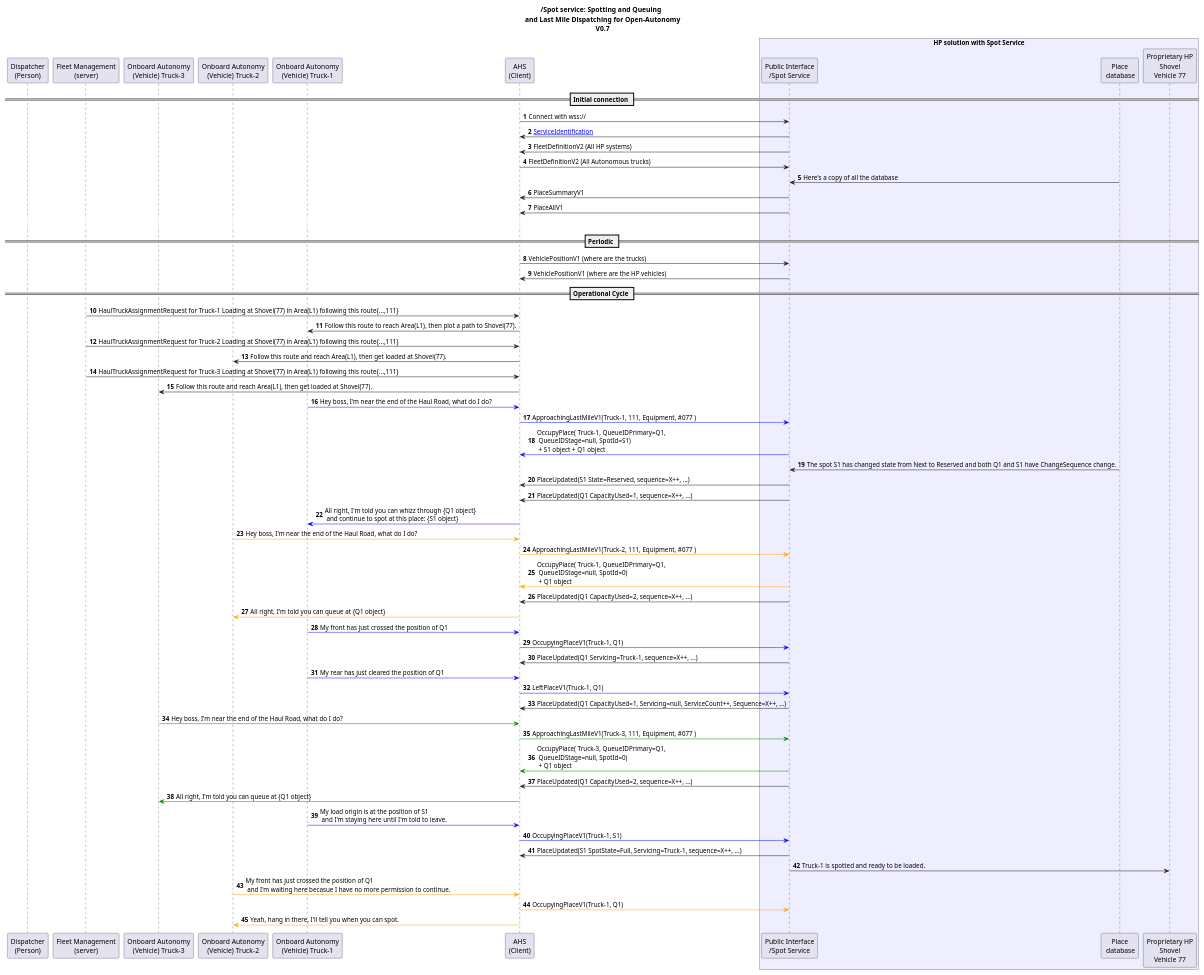
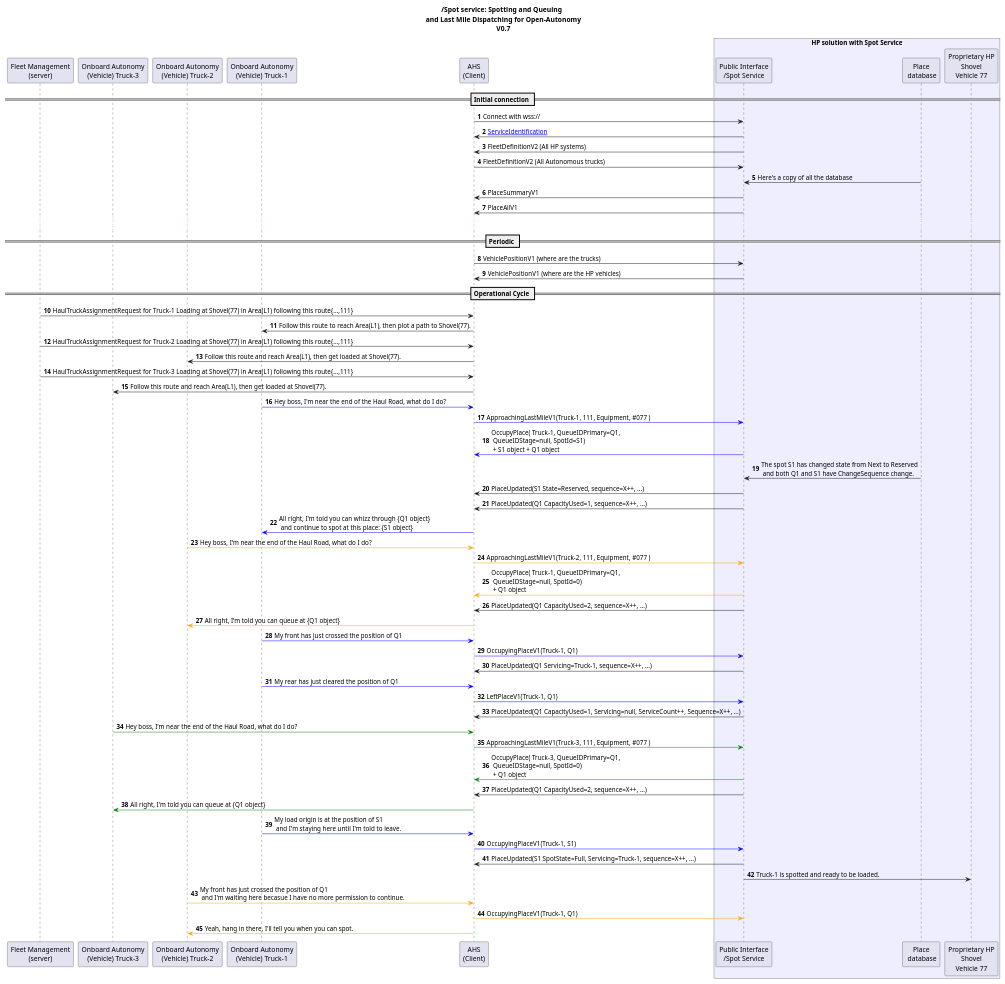
Before and after one commit to open-autonomy/spot: the diagram in diagram/SpotService_SequenceDiagram.puml, drawn with PlantUML. The commit also changed 3 other files, not shown here.

Commit message:
Moved Happy flow into a separate MD

```diff
--- a/diagram/SpotService_SequenceDiagram.puml
+++ b/diagram/SpotService_SequenceDiagram.puml
@@ -2,89 +2,89 @@
 @startuml
 title /Spot service: Spotting and Queuing \n and Last Mile Dispatching for Open-Autonomy\n V0.7
 
 
 'V0.7 - Jan. 2023
- 
-	Participant "Dispatcher\n(Person)" as dispatch
+
+	'Participant "Dispatcher\n(Person)" as dispatch
  	participant "Fleet Management\n(server)" as fms
 
 	'participant "Public /Map service" as map
 	participant "Onboard Autonomy\n(Vehicle) Truck-3" as uht3
 	participant "Onboard Autonomy\n(Vehicle) Truck-2" as uht2
 	participant "Onboard Autonomy\n(Vehicle) Truck-1" as uht1
 	participant "AHS\n(Client)" as ahs
-	
+
 box "HP solution with Spot Service" #EEEEFF
-    participant "Public Interface\n/Spot Service" as spot
+  participant "Public Interface\n/Spot Service" as spot
 	participant "Place\n database" as pdb
 	'participant "Last Mile\nDispatching" as lmd
 	participant "Proprietary HP\nShovel\nVehicle 77" as sho
 end box
 
 
 
 autonumber
 
 == Initial connection ==
 ahs -> spot: Connect with wss://
 spot -> ahs: [[https://github.com/open-autonomy/spot/blob/main/specification/ServiceIdentification.md#spotservicev1 ServiceIdentification]]
 spot -> ahs: FleetDefinitionV2 (All HP systems)
 ahs -> spot: FleetDefinitionV2 (All Autonomous trucks)
 pdb -> spot: Here's a copy of all the database
 spot -> ahs: PlaceSummaryV1
 spot -> ahs: PlaceAllV1
 ...
 
 == Periodic ==
 ahs -> spot: VehiclePositionV1 (where are the trucks)
 spot -> ahs: VehiclePositionV1 (where are the HP vehicles)
 
 == Operational Cycle ==
 fms -> ahs: HaulTruckAssignmentRequest for Truck-1 Loading at Shovel(77) in Area(L1) following this route{...,111}
 ahs -> uht1: Follow this route to reach Area(L1), then plot a path to Shovel(77).
 fms -> ahs: HaulTruckAssignmentRequest for Truck-2 Loading at Shovel(77) in Area(L1) following this route{...,111}
 ahs -> uht2: Follow this route and reach Area(L1), then get loaded at Shovel(77).
 fms -> ahs: HaulTruckAssignmentRequest for Truck-3 Loading at Shovel(77) in Area(L1) following this route{...,111}
 ahs -> uht3: Follow this route and reach Area(L1), then get loaded at Shovel(77).
 
 uht1 -[#blue]> ahs: Hey boss, I'm near the end of the Haul Road, what do I do?
 ahs -[#blue]> spot: ApproachingLastMileV1(Truck-1, 111, Equipment, #077 )
 spot -[#blue]> ahs: OccupyPlace( Truck-1, QueueIDPrimary=Q1,\n QueueIDStage=null, SpotId=S1)\n + S1 object + Q1 object
-pdb -> spot: The spot S1 has changed state from Next to Reserved and both Q1 and S1 have ChangeSequence change.
+pdb -> spot: The spot S1 has changed state from Next to Reserved\n and both Q1 and S1 have ChangeSequence change.
 spot -> ahs: PlaceUpdated(S1 State=Reserved, sequence=X++, ...)
 spot -> ahs: PlaceUpdated(Q1 CapacityUsed=1, sequence=X++, ...)
 ahs -[#blue]> uht1: All right, I'm told you can whizz through {Q1 object}\n and continue to spot at this place: {S1 object}
 
 uht2 -[#orange]> ahs: Hey boss, I'm near the end of the Haul Road, what do I do?
 ahs -[#orange]> spot: ApproachingLastMileV1(Truck-2, 111, Equipment, #077 )
 spot -[#orange]> ahs: OccupyPlace( Truck-1, QueueIDPrimary=Q1,\n QueueIDStage=null, SpotId=0)\n + Q1 object
 spot -> ahs: PlaceUpdated(Q1 CapacityUsed=2, sequence=X++, ...)
 ahs -[#orange]> uht2: All right, I'm told you can queue at {Q1 object}
 
 uht1 -[#blue]> ahs: My front has just crossed the position of Q1
 ahs -[#blue]> spot: OccupyingPlaceV1(Truck-1, Q1)
 spot -> ahs: PlaceUpdated(Q1 Servicing=Truck-1, sequence=X++, ...)
 
 uht1 -[#blue]> ahs: My rear has just cleared the position of Q1
 ahs -[#blue]> spot: LeftPlaceV1(Truck-1, Q1)
 spot -> ahs: PlaceUpdated(Q1 CapacityUsed=1, Servicing=null, ServiceCount++, Sequence=X++, ...)
 
 
 uht3 -[#green]> ahs: Hey boss, I'm near the end of the Haul Road, what do I do?
 ahs -[#green]> spot: ApproachingLastMileV1(Truck-3, 111, Equipment, #077 )
 spot -[#green]> ahs: OccupyPlace( Truck-3, QueueIDPrimary=Q1,\n QueueIDStage=null, SpotId=0)\n + Q1 object
 spot -> ahs: PlaceUpdated(Q1 CapacityUsed=2, sequence=X++, ...)
 ahs -[#green]> uht3: All right, I'm told you can queue at {Q1 object}
 
 uht1 -[#blue]> ahs: My load origin is at the position of S1\n and I'm staying here until I'm told to leave.
 ahs -[#blue]> spot: OccupyingPlaceV1(Truck-1, S1)
 spot -> ahs: PlaceUpdated(S1 SpotState=Full, Servicing=Truck-1, sequence=X++, ...)
 spot -> sho: Truck-1 is spotted and ready to be loaded.
 
 uht2 -[#orange]> ahs: My front has just crossed the position of Q1\n and I'm waiting here becasue I have no more permission to continue.
 ahs -[#orange]> spot: OccupyingPlaceV1(Truck-1, Q1)
 ahs -[#orange]> uht2: Yeah, hang in there, I'll tell you when you can spot.
 
 
 
 @enduml
```
